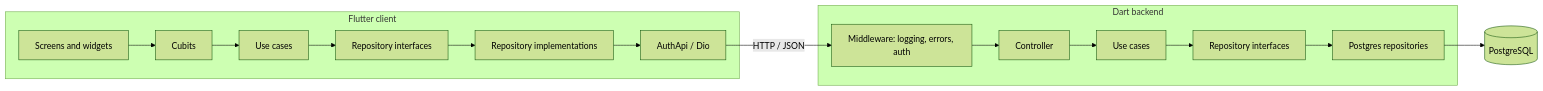
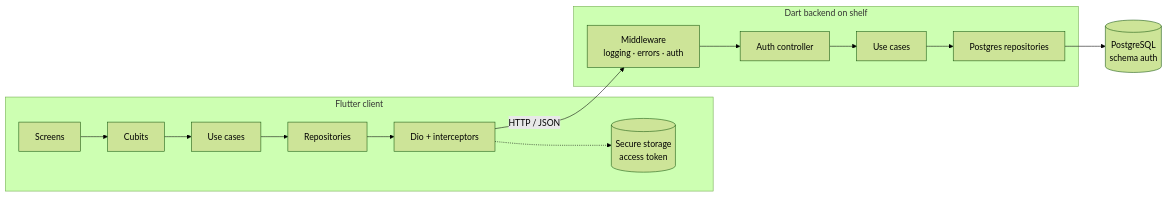
One commit to TrusTa01/flutter-shelf-auth-module changed the diagram in README.md. Above: the diagram before and after it, drawn with Mermaid (forest theme). The commit also changed other lines of this file and 8 other files, not shown here.

````diff
--- a/README.md
+++ b/README.md
@@ -98,18 +96,18 @@
 ```mermaid
 flowchart LR
-  subgraph Client [Flutter client]
-    UI[Screens and widgets] --> C[Cubits]
-    C --> UC[Use cases]
-    UC --> R[Repository interfaces]
-    R --> D[Repository implementations]
-    D --> API[AuthApi / Dio]
-  end
-  subgraph Server [Dart backend]
-    MW[Middleware: logging, errors, auth] --> H[Controller]
-    H --> SUC[Use cases]
-    SUC --> SR[Repository interfaces]
-    SR --> SD[Postgres repositories]
-  end
-  API -- HTTP / JSON --> MW
-  SD --> PG[(PostgreSQL)]
+    subgraph Client["Flutter client"]
+        UI["Screens"] --> CU["Cubits"]
+        CU --> UC["Use cases"]
+        UC --> RP["Repositories"]
+        RP --> DIO["Dio + interceptors"]
+        ST[("Secure storage<br/>access token")]
+        DIO -.-> ST
+    end
+    subgraph Server["Dart backend on shelf"]
+        MW["Middleware<br/>logging · errors · auth"] --> CT["Auth controller"]
+        CT --> SUC["Use cases"]
+        SUC --> SRP["Postgres repositories"]
+    end
+    DIO -- "HTTP / JSON" --> MW
+    SRP --> PG[("PostgreSQL<br/>schema auth")]
 ```
````
